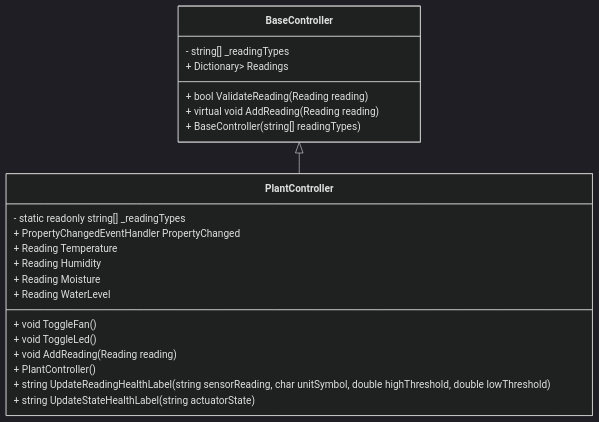
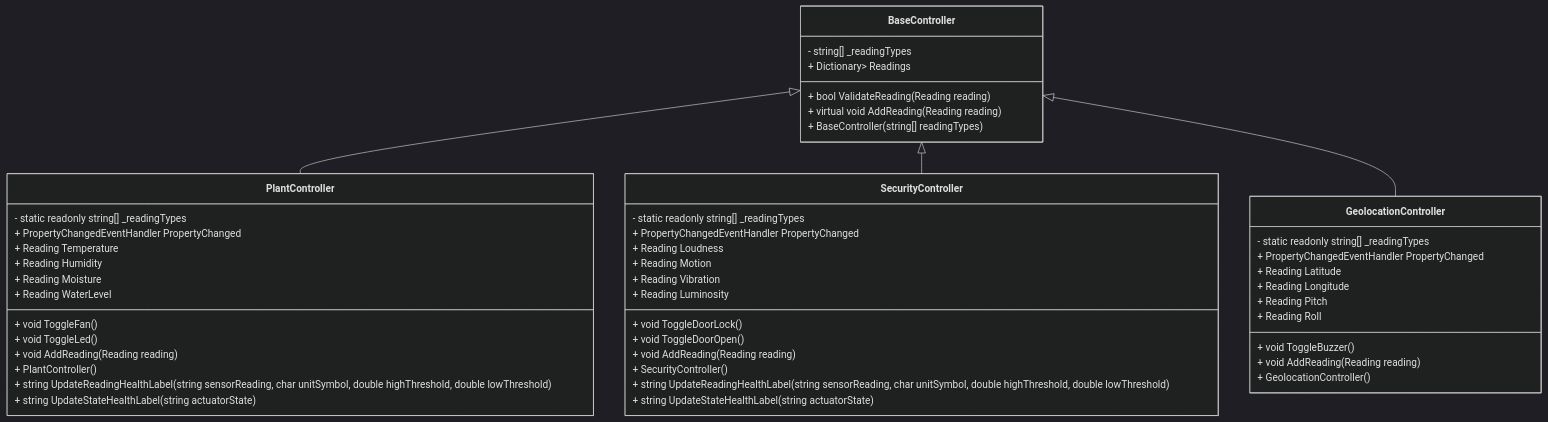
The second of 2 diagrams in README.md (carsonSgit/CropCare), drawn with Mermaid (dark theme) before and after one commit. The commit also changed other lines of this file, not shown here.

Commit message:
Update Total UML Diagram display

````diff
--- a/README.md
+++ b/README.md
@@ -124,28 +108,56 @@
 ```mermaid
 classDiagram
     class BaseController {
         - string[] _readingTypes
         + Dictionary<string, ObservableCollection<Reading>> Readings
         + bool ValidateReading(Reading reading)
         + virtual void AddReading(Reading reading)
         + BaseController(string[] readingTypes)
     }
 
     class PlantController {
         - static readonly string[] _readingTypes
         + PropertyChangedEventHandler PropertyChanged
         + Reading Temperature
         + Reading Humidity
         + Reading Moisture
         + Reading WaterLevel
         + void ToggleFan()
         + void ToggleLed()
         + void AddReading(Reading reading)
         + PlantController()
         + string UpdateReadingHealthLabel(string sensorReading, char unitSymbol, double highThreshold, double lowThreshold)
         + string UpdateStateHealthLabel(string actuatorState)
     }
 
+    class SecurityController {
+        - static readonly string[] _readingTypes
+        + PropertyChangedEventHandler PropertyChanged
+        + Reading Loudness
+        + Reading Motion
+        + Reading Vibration
+        + Reading Luminosity
+        + void ToggleDoorLock()
+        + void ToggleDoorOpen()
+        + void AddReading(Reading reading)
+        + SecurityController()
+        + string UpdateReadingHealthLabel(string sensorReading, char unitSymbol, double highThreshold, double lowThreshold)
+        + string UpdateStateHealthLabel(string actuatorState)
+    }
+
+    class GeolocationController {
+        - static readonly string[] _readingTypes
+        + PropertyChangedEventHandler PropertyChanged
+        + Reading Latitude
+        + Reading Longitude
+        + Reading Pitch
+        + Reading Roll
+        + void ToggleBuzzer()
+        + void AddReading(Reading reading)
+        + GeolocationController()
+    }
+
     BaseController <|-- PlantController
-
+    BaseController <|-- SecurityController
+    BaseController <|-- GeolocationController
 ```
````
